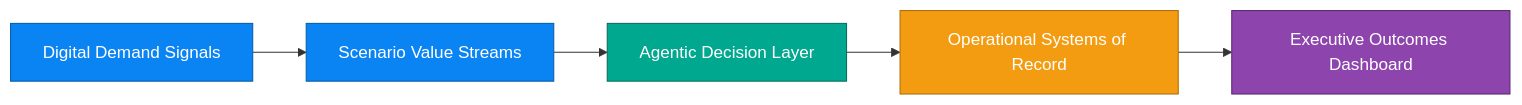
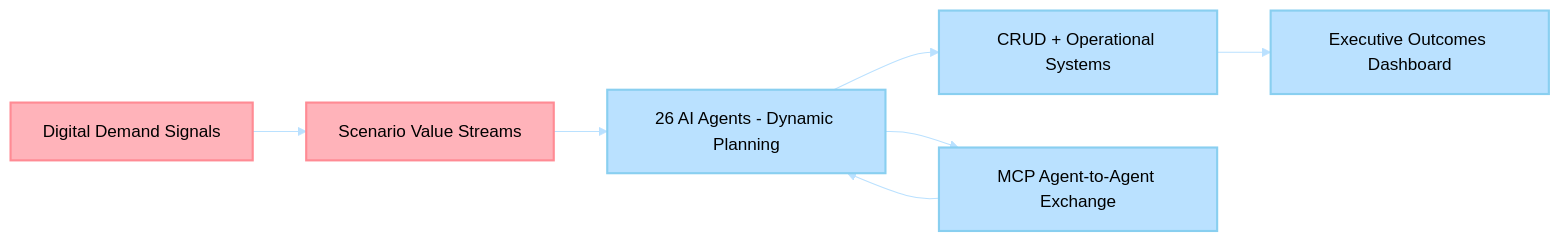
Before and after one commit to Azure-Samples/holiday-peak-hub: the diagram in docs/business_scenarios/README.md, drawn with Mermaid. The commit also changed other lines of this file and 112 other files, not shown here.

````diff
--- a/docs/business_scenarios/README.md
+++ b/docs/business_scenarios/README.md
@@ -91,16 +110,23 @@
 ```mermaid
+%%{init: {'theme':'base', 'themeVariables': {
+  'primaryColor':'#FFB3BA',
+  'primaryTextColor':'#000',
+  'primaryBorderColor':'#FF8B94',
+  'lineColor':'#BAE1FF',
+  'secondaryColor':'#BAE1FF',
+  'tertiaryColor':'#FFFFFF'
+}}}%%
 flowchart LR
-A[Digital Demand Signals] --> B[Scenario Value Streams]
-B --> C[Agentic Decision Layer]
-C --> D[Operational Systems of Record]
-D --> E[Executive Outcomes Dashboard]
+    A[Digital Demand Signals] --> B[Scenario Value Streams]
+    B --> C[26 AI Agents - Dynamic Planning]
+    C --> D[CRUD + Operational Systems]
+    D --> E[Executive Outcomes Dashboard]
+    C --> F[MCP Agent-to-Agent Exchange]
+    F --> C
 
-classDef c1 fill:#0B84F3,color:#fff,stroke:#085ea8
-classDef c2 fill:#00A88F,color:#fff,stroke:#0b6e5f
-classDef c3 fill:#F39C12,color:#fff,stroke:#af6f0c
-classDef c4 fill:#8E44AD,color:#fff,stroke:#5b2a70
-class A,B c1
-class C c2
-class D c3
-class E c4
+    classDef primary fill:#FFB3BA,stroke:#FF8B94,stroke-width:2px,color:#000
+    classDef secondary fill:#BAE1FF,stroke:#89CFF0,stroke-width:2px,color:#000
+
+    class A,B primary
+    class C,D,E,F secondary
 ```
````
